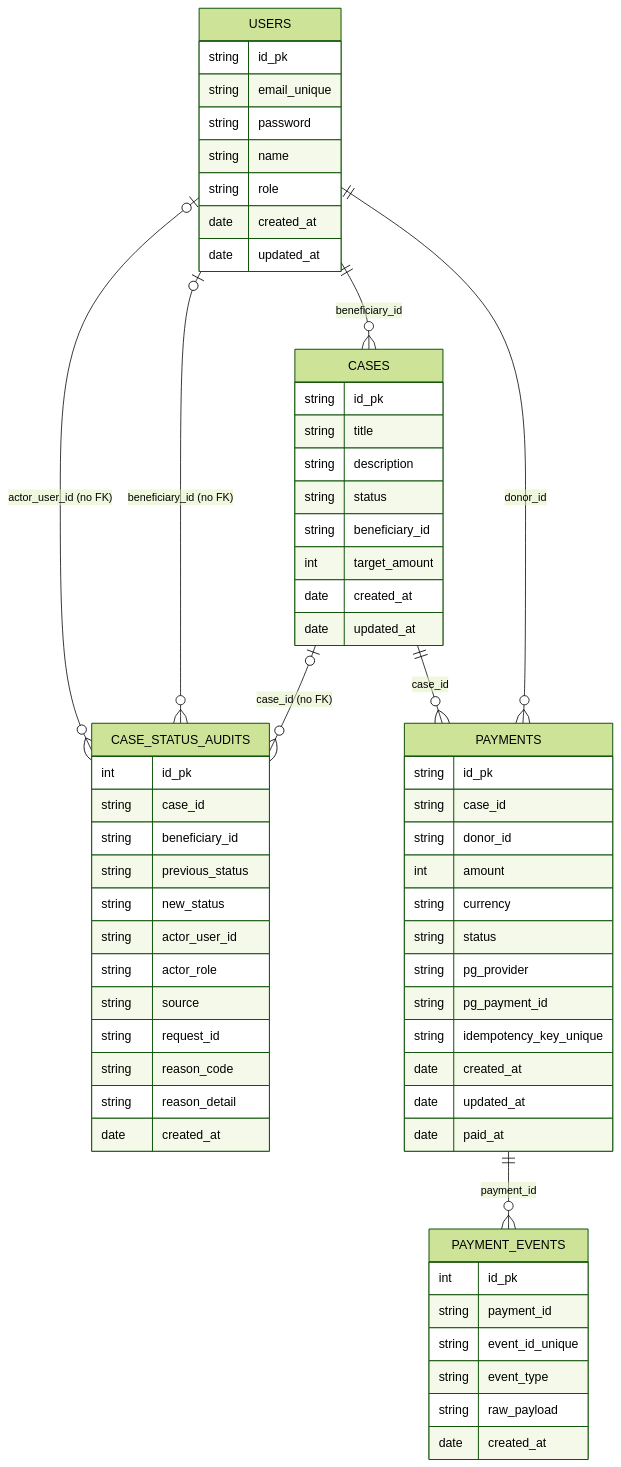
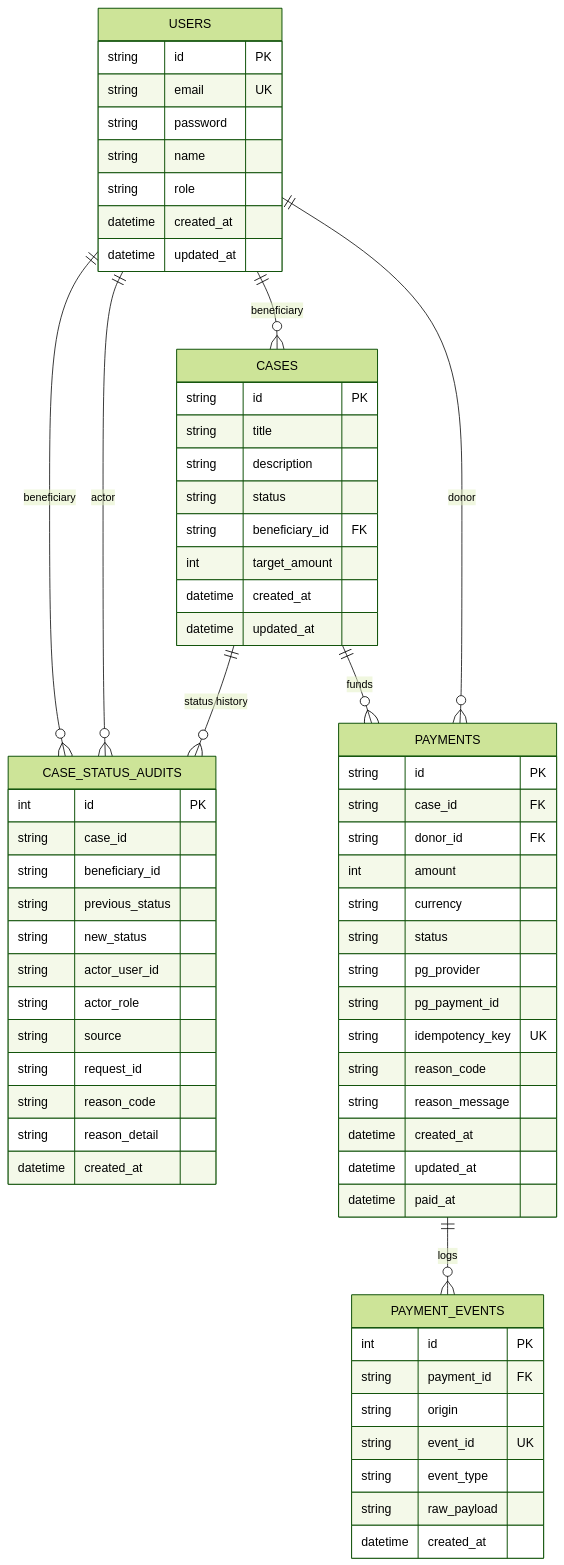
Before and after one commit to BISohn27/care-bridge: the diagram in docs/schema.md, drawn with Mermaid (forest theme). The commit also changed 1 other file, not shown here.

Commit message:
feat: payments, payment_events 오류 원인 관련 컬럼 추가 및 ERD 업데이트

````diff
--- a/docs/schema.md
+++ b/docs/schema.md
@@ -1,73 +1,74 @@
 ```mermaid
 erDiagram
-  USERS {
-    string id_pk
-    string email_unique
-    string password
-    string name
-    string role
-    date created_at
-    date updated_at
-  }
+    USERS {
+        string id PK
+        string email UK
+        string password
+        string name
+        string role
+        datetime created_at
+        datetime updated_at
+    }
 
-  CASES {
-    string id_pk
-    string title
-    string description
-    string status
-    string beneficiary_id
-    int target_amount
-    date created_at
-    date updated_at
-  }
+    CASES {
+        string id PK
+        string title
+        string description
+        string status
+        string beneficiary_id FK
+        int    target_amount
+        datetime created_at
+        datetime updated_at
+    }
 
-  CASE_STATUS_AUDITS {
-    int id_pk
-    string case_id
-    string beneficiary_id
-    string previous_status
-    string new_status
-    string actor_user_id
-    string actor_role
-    string source
-    string request_id
-    string reason_code
-    string reason_detail
-    date created_at
-  }
+    CASE_STATUS_AUDITS {
+        int    id PK
+        string case_id
+        string beneficiary_id
+        string previous_status
+        string new_status
+        string actor_user_id
+        string actor_role
+        string source
+        string request_id
+        string reason_code
+        string reason_detail
+        datetime created_at
+    }
 
-  PAYMENTS {
-    string id_pk
-    string case_id
-    string donor_id
-    int amount
-    string currency
-    string status
-    string pg_provider
-    string pg_payment_id
-    string idempotency_key_unique
-    date created_at
-    date updated_at
-    date paid_at
-  }
+    PAYMENTS {
+        string id PK
+        string case_id FK
+        string donor_id FK
+        int    amount
+        string currency
+        string status
+        string pg_provider
+        string pg_payment_id
+        string idempotency_key UK
+        string reason_code
+        string reason_message
+        datetime created_at
+        datetime updated_at
+        datetime paid_at
+    }
 
-  PAYMENT_EVENTS {
-    int id_pk
-    string payment_id
-    string event_id_unique
-    string event_type
-    string raw_payload
-    date created_at
-  }
+    PAYMENT_EVENTS {
+        int    id PK
+        string payment_id FK
+        string origin
+        string event_id UK
+        string event_type
+        string raw_payload
+        datetime created_at
+    }
 
-  %% Relationships (actual FKs)
-  USERS ||--o{ CASES : "beneficiary_id"
-  USERS ||--o{ PAYMENTS : "donor_id"
-  CASES ||--o{ PAYMENTS : "case_id"
-  PAYMENTS ||--o{ PAYMENT_EVENTS : "payment_id"
-
-  %% Conceptual (no FK enforced)
-  CASES o|--o{ CASE_STATUS_AUDITS : "case_id (no FK)"
-  USERS o|--o{ CASE_STATUS_AUDITS : "beneficiary_id (no FK)"
-  USERS o|--o{ CASE_STATUS_AUDITS : "actor_user_id (no FK)"
+    %% 관계
+    USERS   ||--o{ CASES              : "beneficiary"
+    USERS   ||--o{ PAYMENTS           : "donor"
+    CASES   ||--o{ PAYMENTS           : "funds"
+    PAYMENTS||--o{ PAYMENT_EVENTS     : "logs"
+    CASES   ||--o{ CASE_STATUS_AUDITS : "status history"
+    USERS   ||--o{ CASE_STATUS_AUDITS : "actor"
+    USERS   ||--o{ CASE_STATUS_AUDITS : "beneficiary"
 ```
````
